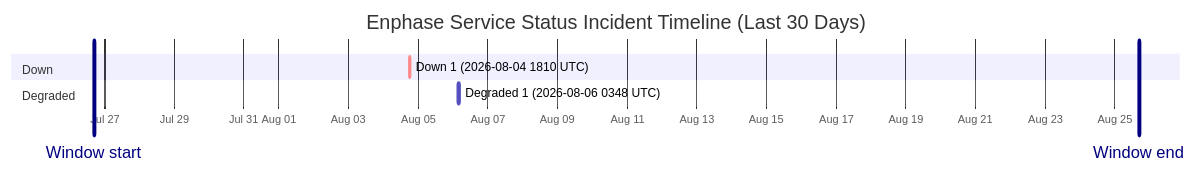
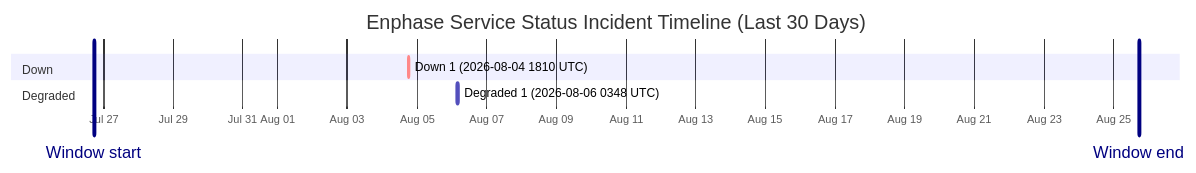
The diagram in wiki/Service-Status-History.md (barneyonline/ha-enphase-energy), drawn with Mermaid before and after one commit. The commit also changed other lines of this file and 3 other files, not shown here.

````diff
--- a/wiki/Service-Status-History.md
+++ b/wiki/Service-Status-History.md
@@ -14,12 +14,12 @@
 ```mermaid
 gantt
     title Enphase Service Status Incident Timeline (Last 30 Days)
     dateFormat  YYYY-MM-DDTHH:mm:ss
     axisFormat  %b %d
-    Window start :vert, window-start, 2026-07-26T16:34:46, 0ms
-    Window end :vert, window-end, 2026-08-25T16:34:46, 0ms
+    Window start :vert, window-start, 2026-07-26T17:29:34, 0ms
+    Window end :vert, window-end, 2026-08-25T17:29:34, 0ms
     section Down
     Down 1 (2026-08-04 1810 UTC) :crit, down-1, 2026-08-04T18:10:46, 60m
     section Degraded
     Degraded 1 (2026-08-06 0348 UTC) :active, degraded-1, 2026-08-06T03:48:14, 60m
 ```
````
